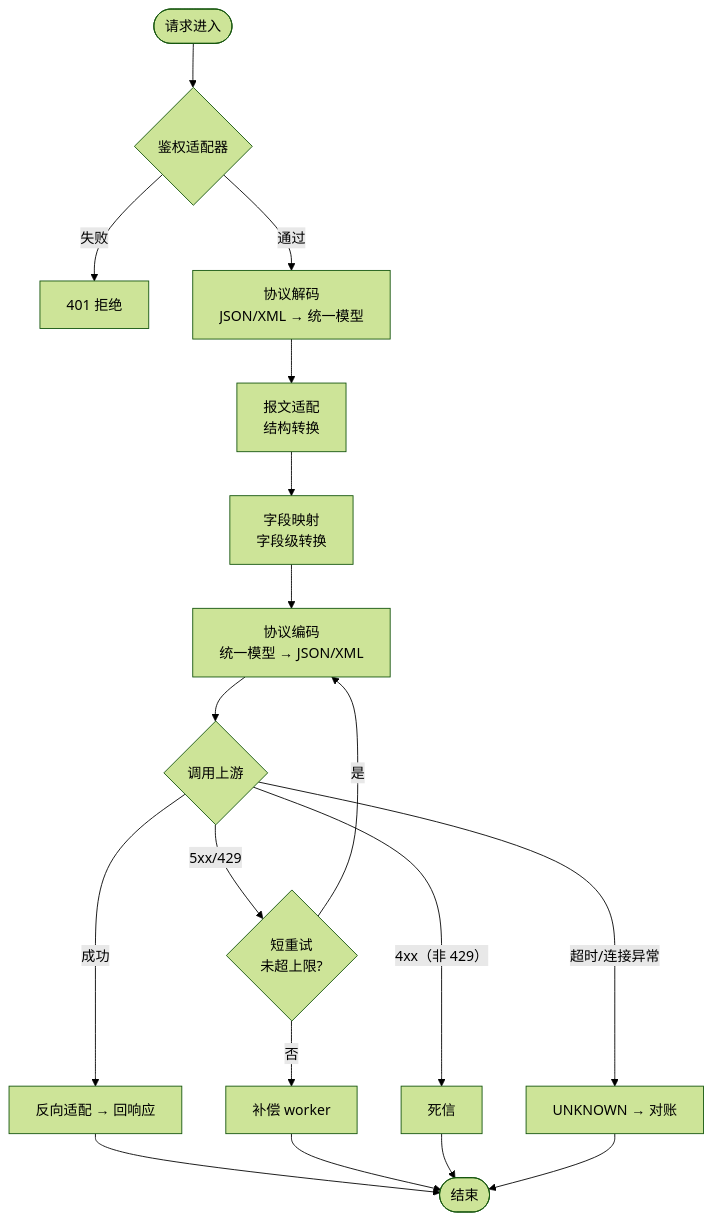
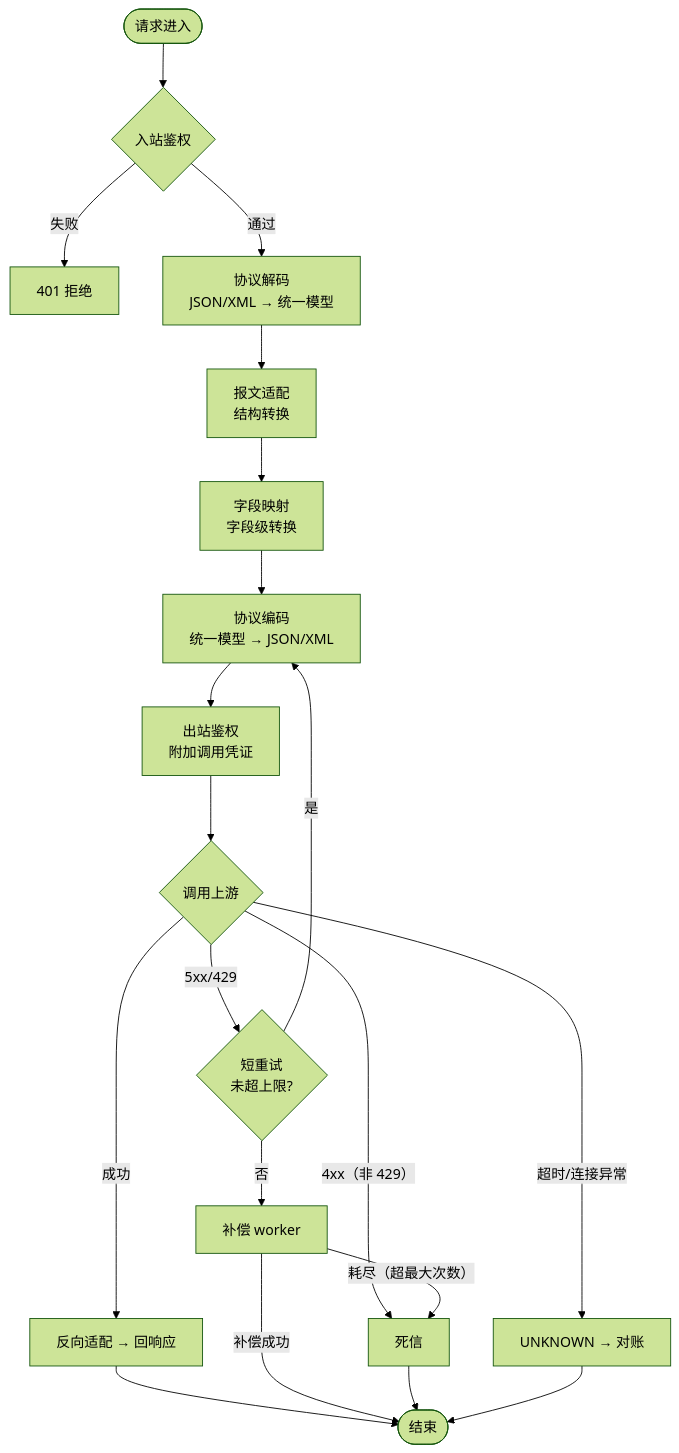
Before and after one commit to HelloWorldKing1/apicenter: the fourth of 4 diagrams in src/main/resources/doc/API中心时序图与流程图.md, drawn with Mermaid (forest theme). The commit also changed other lines of this file and 2 other files, not shown here.

````diff
--- a/src/main/resources/doc/API中心时序图与流程图.md
+++ b/src/main/resources/doc/API中心时序图与流程图.md
@@ -95,20 +95,22 @@
 ```mermaid
 flowchart TD
-    Start([请求进入]) --> Auth{鉴权适配器}
+    Start([请求进入]) --> Auth{入站鉴权}
     Auth -- 失败 --> Reject[401 拒绝]
     Auth -- 通过 --> Decode[协议解码<br/>JSON/XML → 统一模型]
     Decode --> Msg[报文适配<br/>结构转换]
     Msg --> Map[字段映射<br/>字段级转换]
     Map --> Encode[协议编码<br/>统一模型 → JSON/XML]
-    Encode --> Call{调用上游}
+    Encode --> OutAuth[出站鉴权<br/>附加调用凭证]
+    OutAuth --> Call{调用上游}
     Call -- 成功 --> Resp[反向适配 → 回响应]
     Call -- 5xx/429 --> Retry{短重试<br/>未超上限?}
     Retry -- 是 --> Encode
     Retry -- 否 --> Comp[补偿 worker]
     Call -- 4xx（非 429） --> Dead[死信]
     Call -- 超时/连接异常 --> Unknown[UNKNOWN → 对账]
     Resp --> End([结束])
-    Comp --> End
+    Comp -- 补偿成功 --> End
+    Comp -- 耗尽（超最大次数） --> Dead
     Dead --> End
     Unknown --> End
 ```
````
